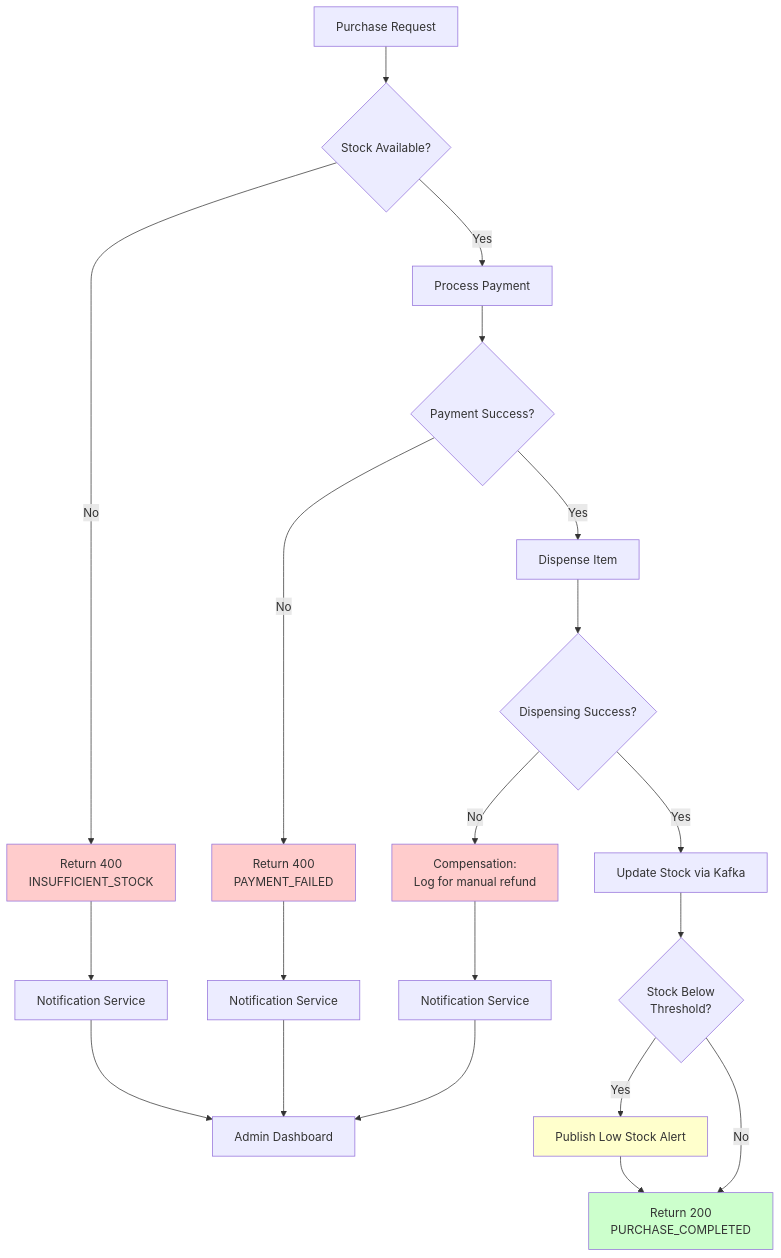
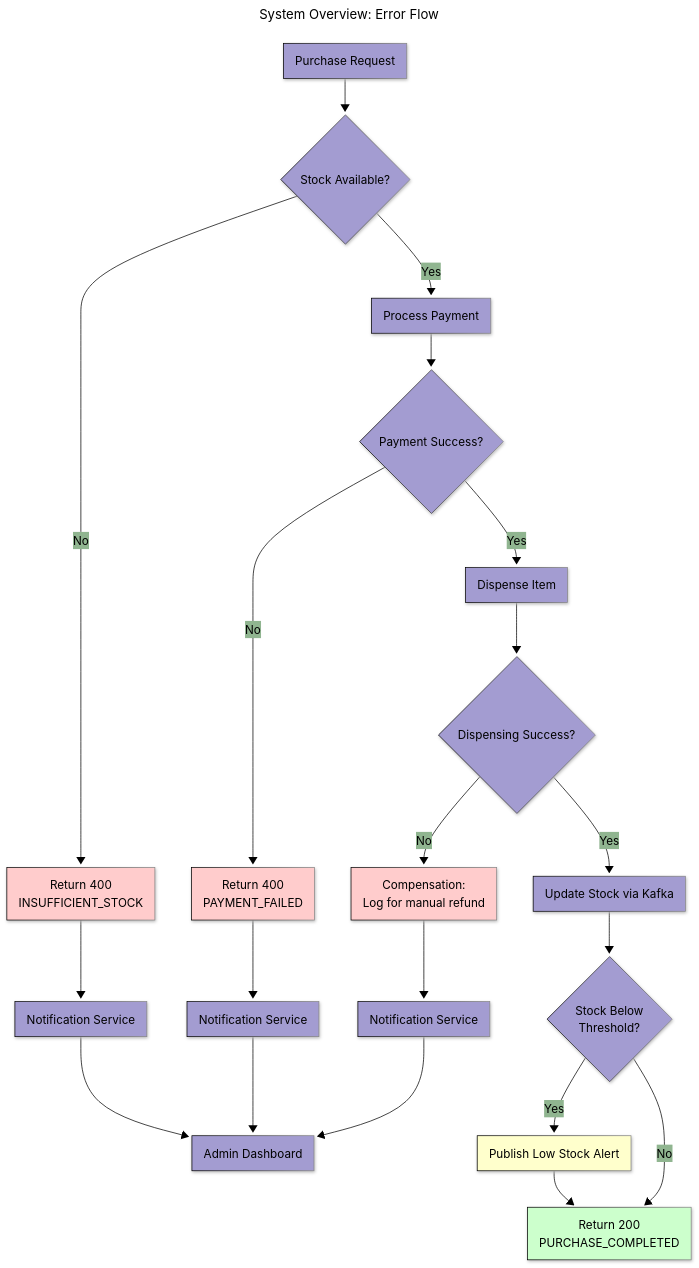
The seventh of 8 diagrams in Documentation/diagrams/system-overview.md (BrunoGil-AS/Vending-Machine-Microservices), drawn with Mermaid before and after one commit. The commit also changed other lines of this file and 7 other files, not shown here.

Commit message:
docs: Update service diagrams with new configurations and titles

````diff
--- a/Documentation/diagrams/system-overview.md
+++ b/Documentation/diagrams/system-overview.md
@@ -513,35 +597,49 @@
 ```mermaid
+---
+config:
+  theme: base
+  themeVariables:
+    primaryColor: '#a39cd1ff'
+    primaryTextColor: '#000000'
+    secondaryTextColor: '#ffffffff'
+    primaryBorderColor: '#000000'
+    lineColor: '#000000ff'
+    secondaryColor: '#90b590ff'
+    tertiaryColor: '#f9f6a1ff'
+  look: neo
+title: 'System Overview: Error Flow'
+---
 graph TD
     START[Purchase Request] --> CHECK_STOCK{Stock Available?}
 
     CHECK_STOCK -->|No| ERROR_STOCK[Return 400<br/>INSUFFICIENT_STOCK]
     CHECK_STOCK -->|Yes| PROCESS_PAYMENT[Process Payment]
 
     PROCESS_PAYMENT --> PAYMENT_OK{Payment Success?}
     PAYMENT_OK -->|No| ERROR_PAYMENT[Return 400<br/>PAYMENT_FAILED]
     PAYMENT_OK -->|Yes| DISPENSE[Dispense Item]
 
     DISPENSE --> DISPENSE_OK{Dispensing Success?}
     DISPENSE_OK -->|No| ERROR_DISPENSE[Compensation:<br/>Log for manual refund]
     DISPENSE_OK -->|Yes| UPDATE_STOCK[Update Stock via Kafka]
 
     UPDATE_STOCK --> CHECK_LOW{Stock Below<br/>Threshold?}
     CHECK_LOW -->|Yes| ALERT[Publish Low Stock Alert]
     CHECK_LOW -->|No| SUCCESS[Return 200<br/>PURCHASE_COMPLETED]
 
     ALERT --> SUCCESS
 
     ERROR_STOCK --> NOTIFY1[Notification Service]
     ERROR_PAYMENT --> NOTIFY2[Notification Service]
     ERROR_DISPENSE --> NOTIFY3[Notification Service]
 
     NOTIFY1 --> ADMIN_DASHBOARD[Admin Dashboard]
     NOTIFY2 --> ADMIN_DASHBOARD
     NOTIFY3 --> ADMIN_DASHBOARD
 
     style ERROR_STOCK fill:#ffcccc
     style ERROR_PAYMENT fill:#ffcccc
     style ERROR_DISPENSE fill:#ffcccc
     style SUCCESS fill:#ccffcc
     style ALERT fill:#ffffcc
 ```
````
